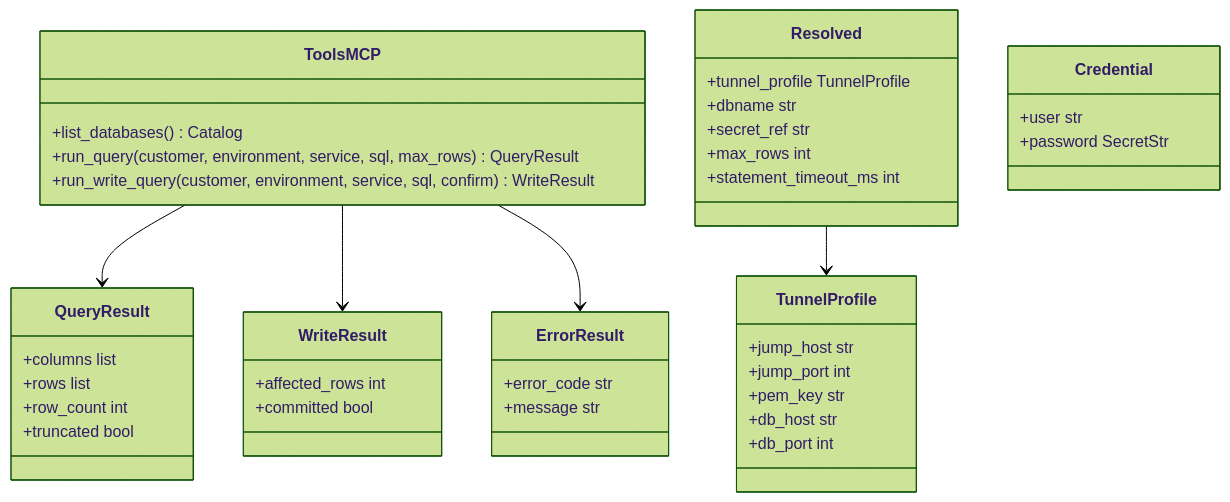
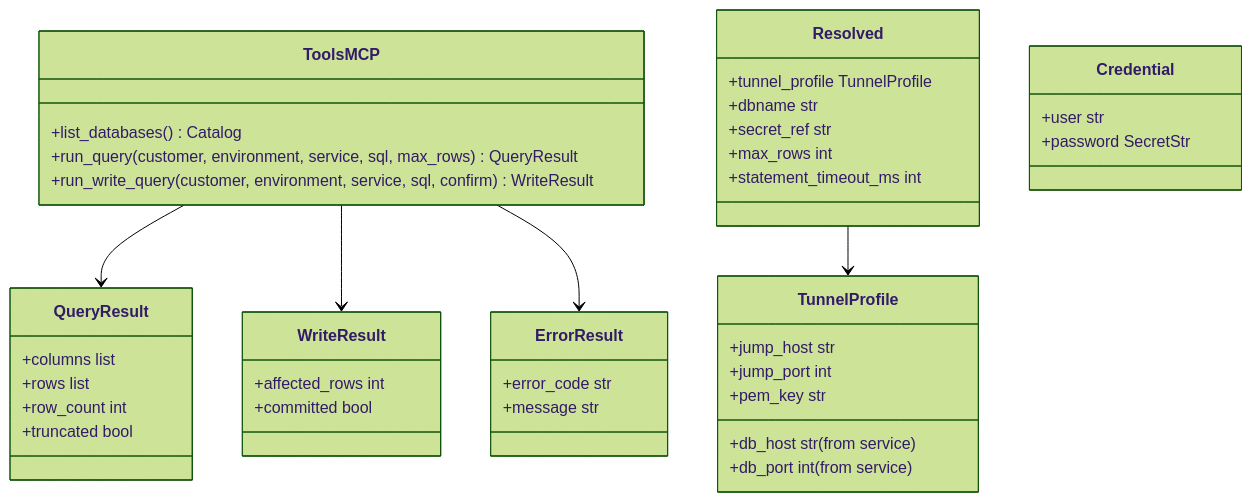
One commit to gwdmnn/keyward-mcp-server changed the eighth of 10 diagrams in docs/en/mermaid/FDD-db-mcp-server-diagrams.md. Above: the diagram before and after it, drawn with Mermaid (forest theme). The commit also changed other lines of this file and 19 other files, not shown here.

First line of the commit message:
feat: service-level-db-host -> host do banco movido para o serviço

````diff
--- a/docs/en/mermaid/FDD-db-mcp-server-diagrams.md
+++ b/docs/en/mermaid/FDD-db-mcp-server-diagrams.md
@@ -251,45 +251,45 @@
 ```mermaid
 classDiagram
     class ToolsMCP {
         +list_databases() Catalog
         +run_query(customer, environment, service, sql, max_rows) QueryResult
         +run_write_query(customer, environment, service, sql, confirm) WriteResult
     }
     class QueryResult {
         +columns list
         +rows list
         +row_count int
         +truncated bool
     }
     class WriteResult {
         +affected_rows int
         +committed bool
     }
     class ErrorResult {
         +error_code str
         +message str
     }
     class Resolved {
         +tunnel_profile TunnelProfile
         +dbname str
         +secret_ref str
         +max_rows int
         +statement_timeout_ms int
     }
     class TunnelProfile {
         +jump_host str
         +jump_port int
         +pem_key str
-        +db_host str
-        +db_port int
+        +db_host str (from service)
+        +db_port int (from service)
     }
     class Credential {
         +user str
         +password SecretStr
     }
 
     ToolsMCP --> QueryResult
     ToolsMCP --> WriteResult
     ToolsMCP --> ErrorResult
     Resolved --> TunnelProfile
 ```
````
